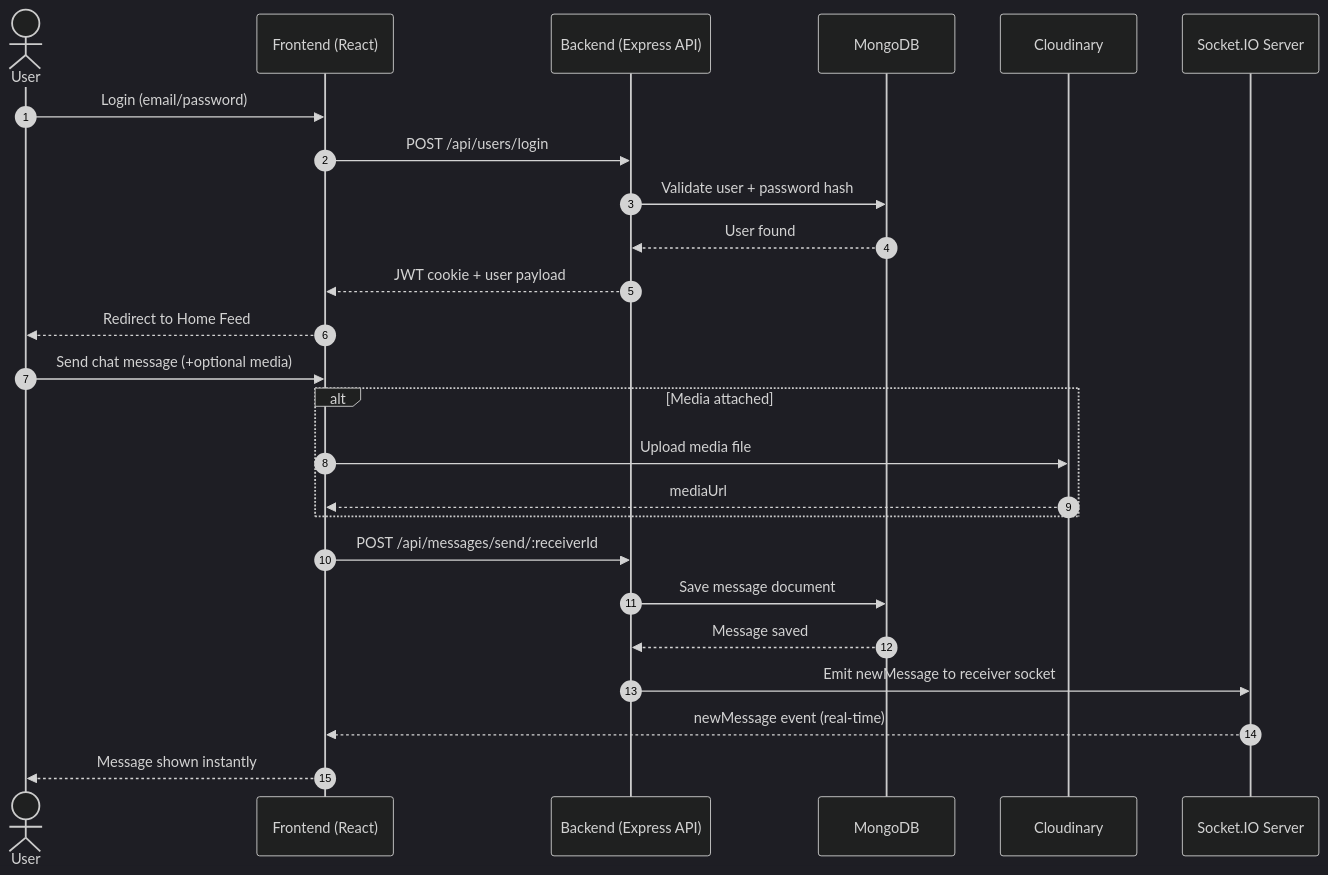
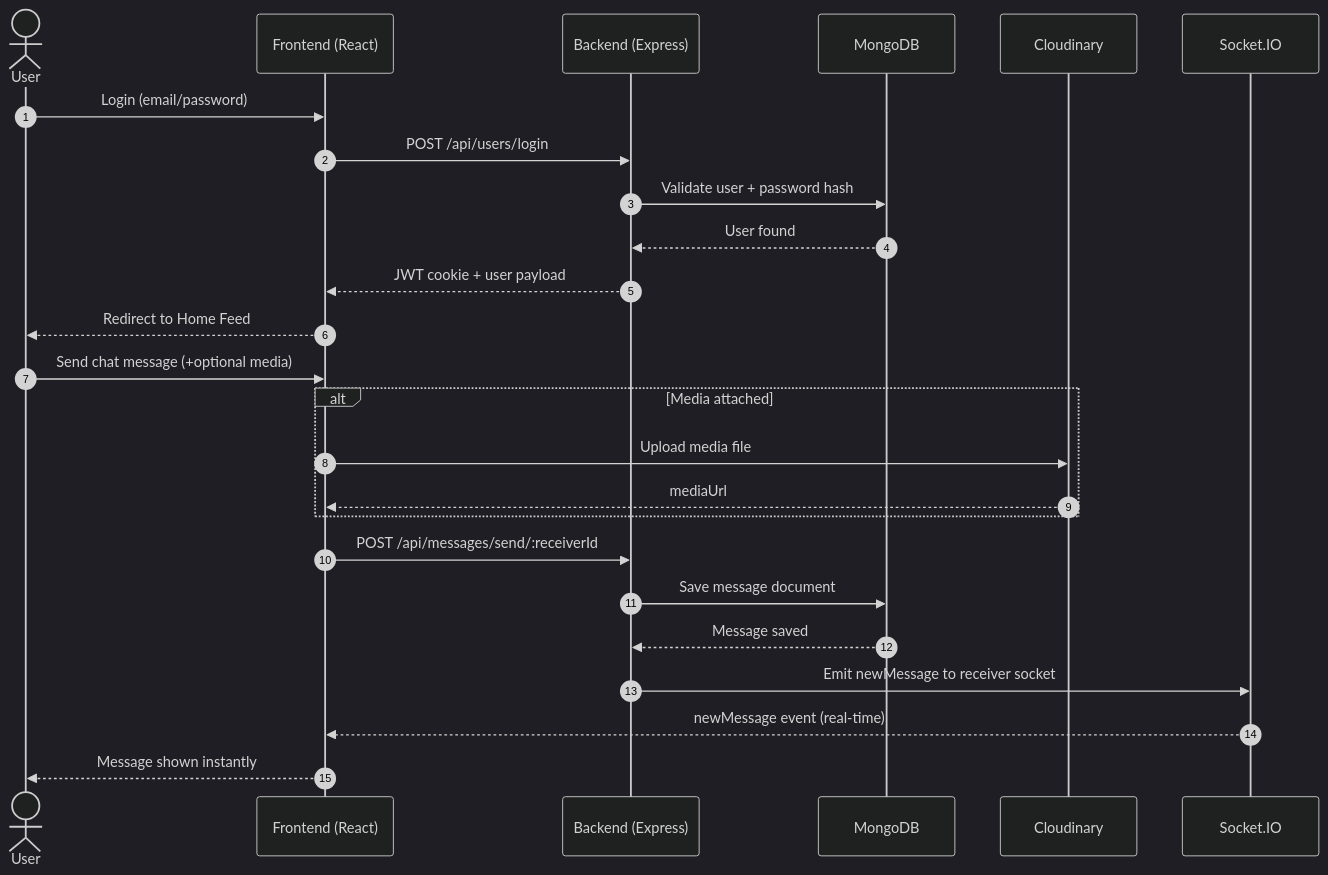
The second of 2 diagrams in README.md (yash9359/SeeMedia), drawn with Mermaid (dark theme) before and after one commit. The commit also changed other lines of this file, not shown here.

````diff
--- a/README.md
+++ b/README.md
@@ -81,29 +97,29 @@
 ```mermaid
 sequenceDiagram
     autonumber
     actor U as User
     participant FE as Frontend (React)
-    participant BE as Backend (Express API)
+    participant BE as Backend (Express)
     participant DB as MongoDB
     participant CL as Cloudinary
-    participant SO as Socket.IO Server
+    participant SO as Socket.IO
 
     U->>FE: Login (email/password)
     FE->>BE: POST /api/users/login
     BE->>DB: Validate user + password hash
     DB-->>BE: User found
     BE-->>FE: JWT cookie + user payload
     FE-->>U: Redirect to Home Feed
 
     U->>FE: Send chat message (+optional media)
     alt Media attached
         FE->>CL: Upload media file
         CL-->>FE: mediaUrl
     end
     FE->>BE: POST /api/messages/send/:receiverId
     BE->>DB: Save message document
     DB-->>BE: Message saved
     BE->>SO: Emit newMessage to receiver socket
     SO-->>FE: newMessage event (real-time)
     FE-->>U: Message shown instantly
 ```
````
